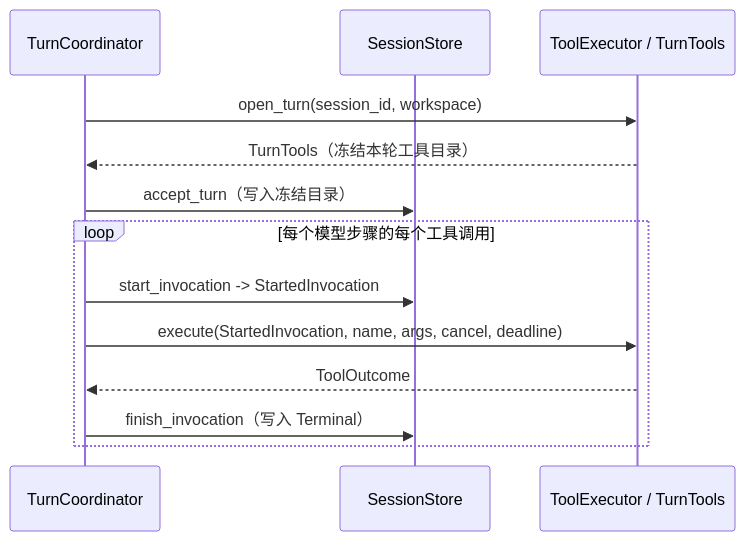
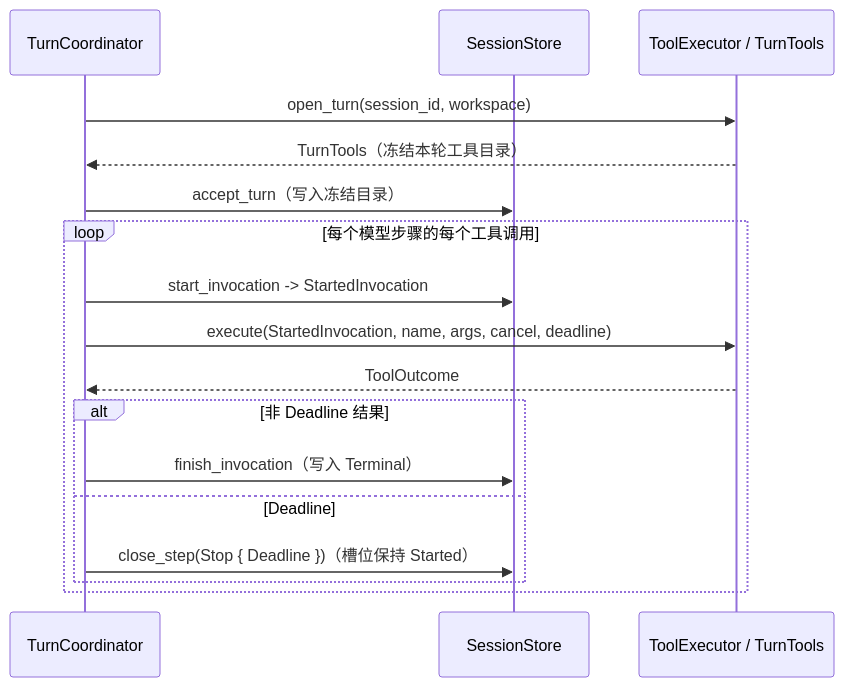
One commit to Skyline10124/lattice changed the diagram in docs/adr/0009-remove-legacy-lancet-tool-executor.md. Above: the diagram before and after it, drawn with Mermaid. The commit also changed other lines of this file, not shown here.

First line of the commit message:
docs(adr): ADR 0009 纳入审查意见（deadline、合同删除与测试迁移）

````diff
--- a/docs/adr/0009-remove-legacy-lancet-tool-executor.md
+++ b/docs/adr/0009-remove-legacy-lancet-tool-executor.md
@@ -60,15 +61,19 @@
 ```mermaid
 sequenceDiagram
     participant C as TurnCoordinator
     participant S as SessionStore
     participant E as ToolExecutor / TurnTools
     C->>E: open_turn(session_id, workspace)
     E-->>C: TurnTools（冻结本轮工具目录）
     C->>S: accept_turn（写入冻结目录）
     loop 每个模型步骤的每个工具调用
         C->>S: start_invocation -> StartedInvocation
         C->>E: execute(StartedInvocation, name, args, cancel, deadline)
         E-->>C: ToolOutcome
-        C->>S: finish_invocation（写入 Terminal）
+        alt 非 Deadline 结果
+            C->>S: finish_invocation（写入 Terminal）
+        else Deadline
+            C->>S: close_step(Stop { Deadline })（槽位保持 Started）
+        end
     end
 ```
````
